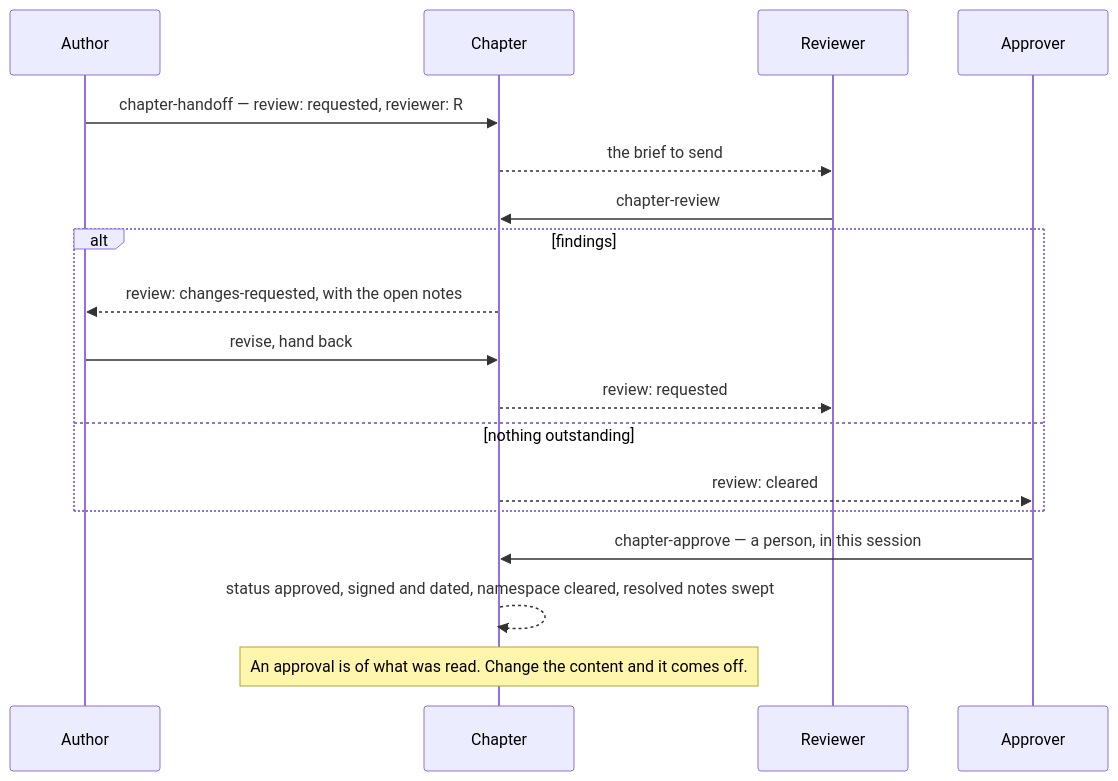
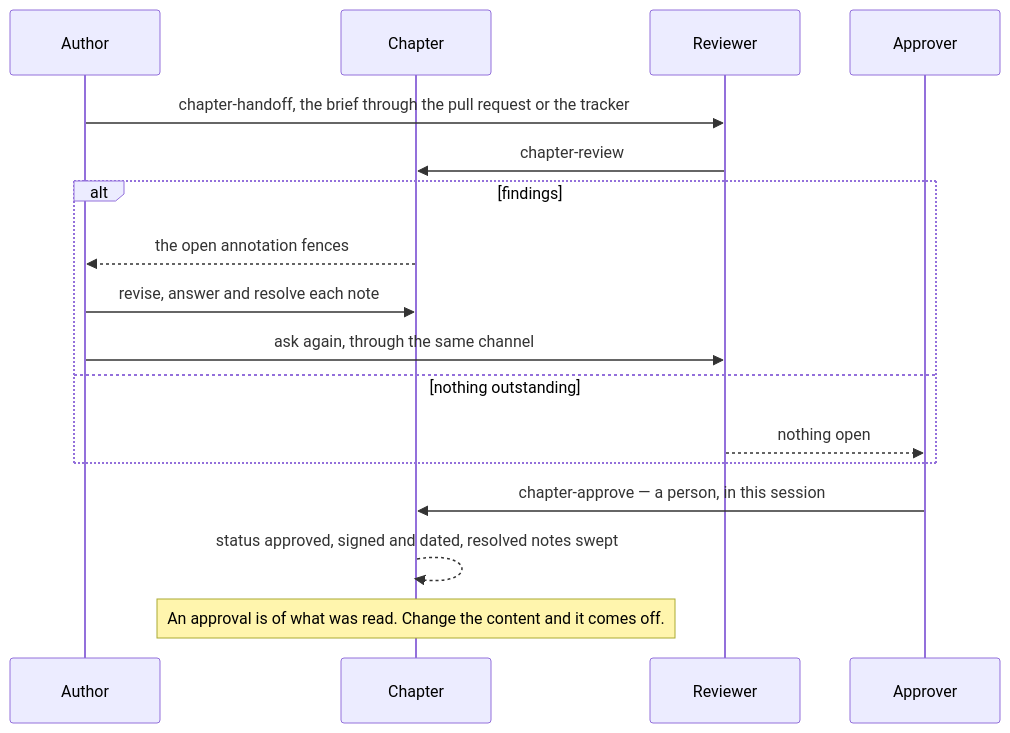
One commit to JSdotNet/ai-agent-stack changed the third of 3 diagrams in .devbook/arc42/building-blocks/devbook-collaboration.md. Above: the diagram before and after it, drawn with Mermaid. The commit also changed other lines of this file and 31 other files, not shown here.

````diff
--- a/.devbook/arc42/building-blocks/devbook-collaboration.md
+++ b/.devbook/arc42/building-blocks/devbook-collaboration.md
@@ -497,21 +465,20 @@
 ```mermaid
 sequenceDiagram
     participant A as Author
     participant C as Chapter
     participant R as Reviewer
     participant P as Approver
 
-    A->>C: chapter-handoff — review: requested, reviewer: R
-    C-->>R: the brief to send
+    A->>R: chapter-handoff, the brief through the pull request or the tracker
     R->>C: chapter-review
     alt findings
-        C-->>A: review: changes-requested, with the open notes
-        A->>C: revise, hand back
-        C-->>R: review: requested
+        C-->>A: the open annotation fences
+        A->>C: revise, answer and resolve each note
+        A->>R: ask again, through the same channel
     else nothing outstanding
-        C-->>P: review: cleared
+        R-->>P: nothing open
     end
     P->>C: chapter-approve — a person, in this session
-    C-->>C: status approved, signed and dated, namespace cleared, resolved notes swept
+    C-->>C: status approved, signed and dated, resolved notes swept
     Note over C: An approval is of what was read. Change the content and it comes off.
 ```
````
